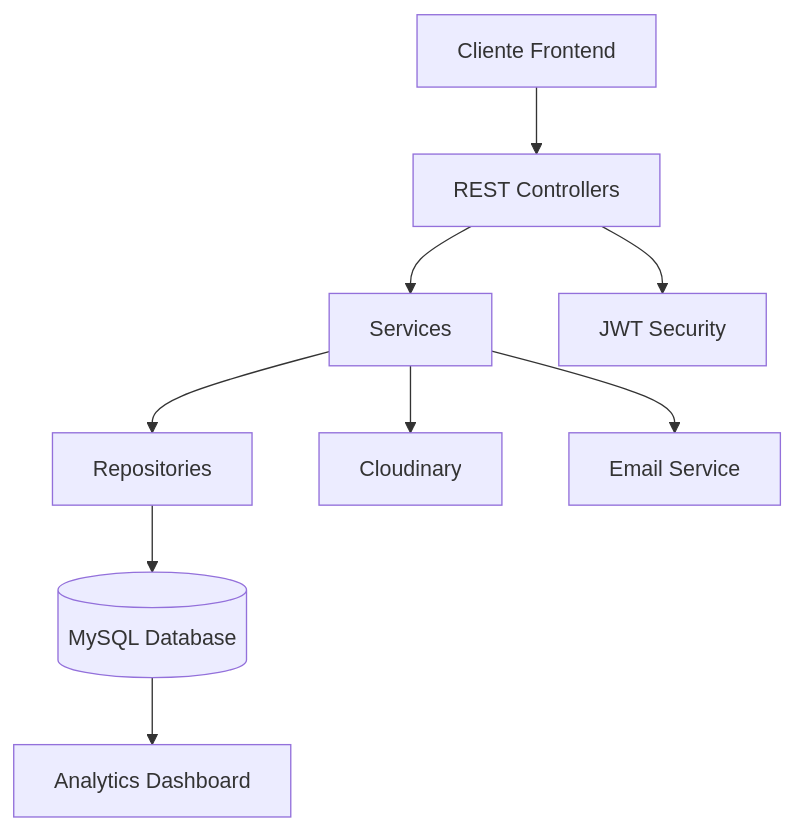
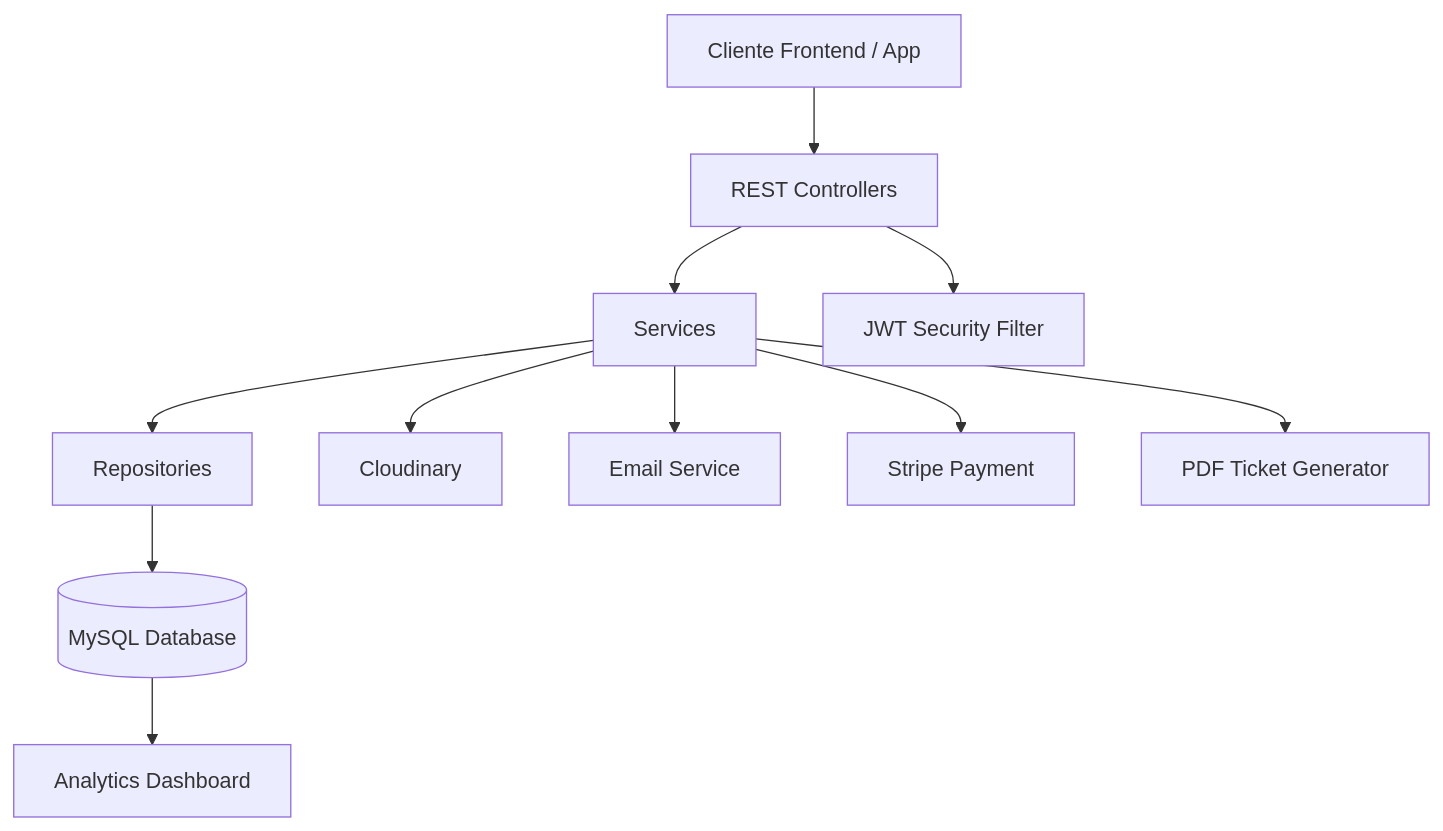
One commit to Projecto-Cine/BackendCine changed the first of 4 diagrams in README.md. Above: the diagram before and after it, drawn with Mermaid. The commit also changed other lines of this file, not shown here.

Commit message:
docs: update README with all API features (Stripe, PDF tickets, temp seat reservation, employee login, etc.)

````diff
--- a/README.md
+++ b/README.md
@@ -108,14 +122,16 @@
 ```mermaid
 graph TD
 
-A[Cliente Frontend] --> B[REST Controllers]
+A[Cliente Frontend / App] --> B[REST Controllers]
 B --> C[Services]
 C --> D[Repositories]
 D --> E[(MySQL Database)]
 
-B --> F[JWT Security]
+B --> F[JWT Security Filter]
 C --> G[Cloudinary]
 C --> H[Email Service]
+C --> I[Stripe Payment]
+C --> J[PDF Ticket Generator]
 
-E --> I[Analytics Dashboard]
+E --> K[Analytics Dashboard]
 ```
````
